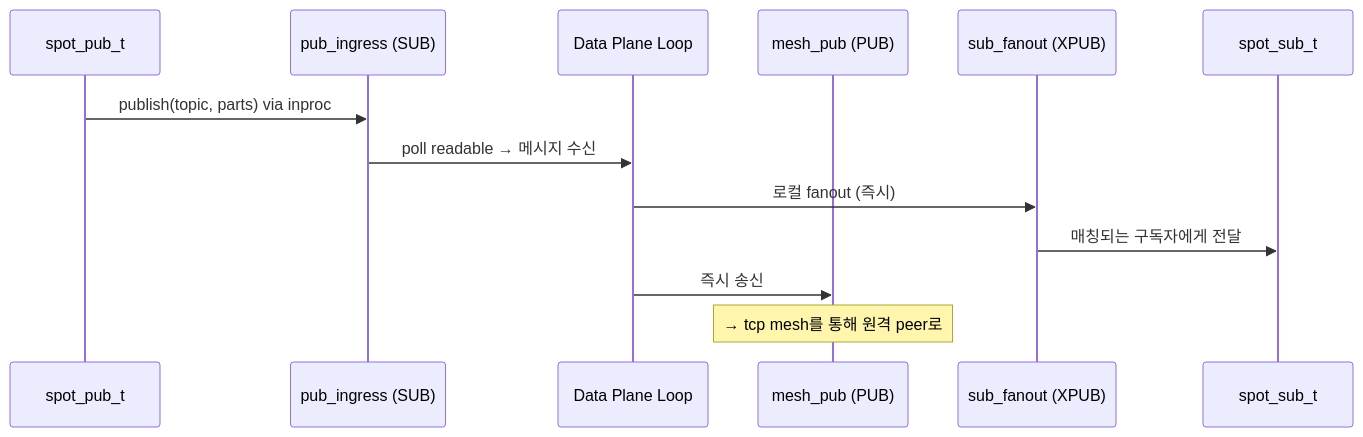
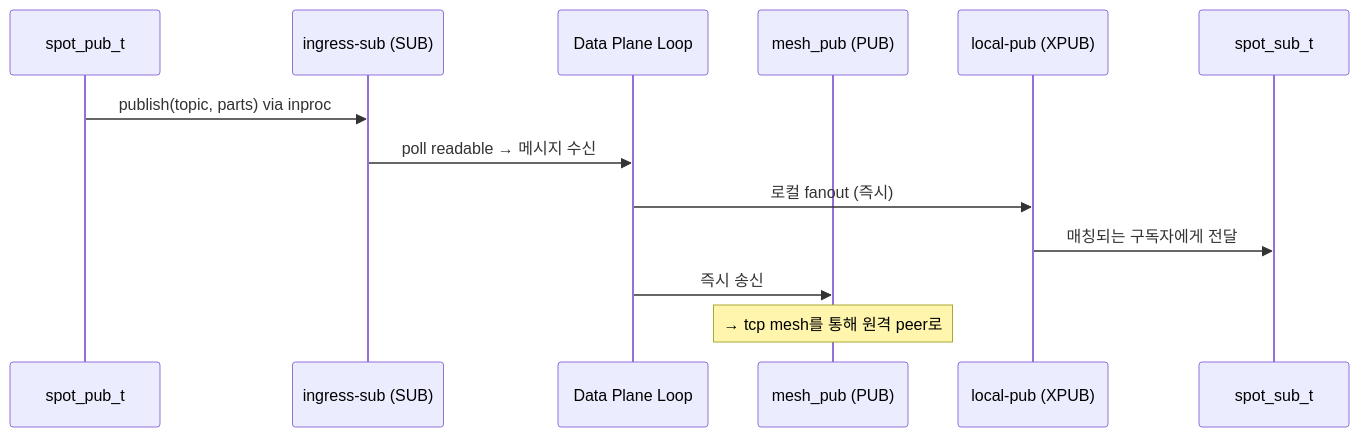
Before and after one commit to kairos-code-dev/zlink: the fifth of 14 diagrams in doc/internals/services-internals.ko.md, drawn with Mermaid. The commit also changed other lines of this file and 117 other files, not shown here.

````diff
--- a/doc/internals/services-internals.ko.md
+++ b/doc/internals/services-internals.ko.md
@@ -339,16 +339,16 @@
 ```mermaid
 sequenceDiagram
     participant Pub as spot_pub_t
-    participant Ingress as pub_ingress (SUB)
+    participant Ingress as ingress-sub (SUB)
     participant DP as Data Plane Loop
     participant MeshPub as mesh_pub (PUB)
-    participant Fanout as sub_fanout (XPUB)
+    participant Fanout as local-pub (XPUB)
     participant Sub as spot_sub_t
 
     Pub->>Ingress: publish(topic, parts) via inproc
     Ingress->>DP: poll readable → 메시지 수신
     DP->>Fanout: 로컬 fanout (즉시)
     Fanout->>Sub: 매칭되는 구독자에게 전달
     DP->>MeshPub: 즉시 송신
     Note over MeshPub: → tcp mesh를 통해 원격 peer로
 ```
````
